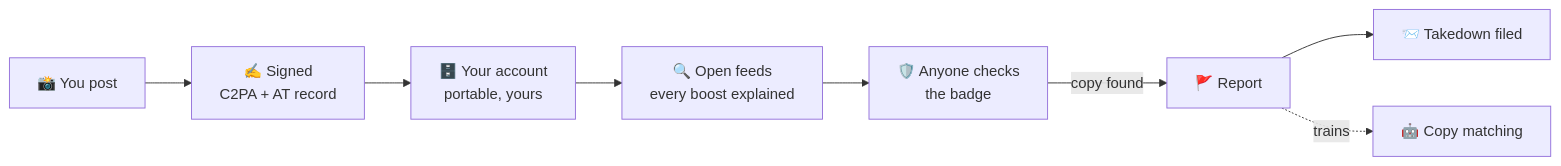
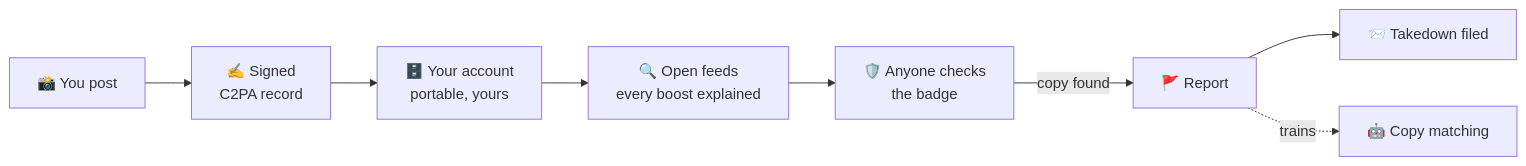
One commit to royherma/emera changed the second of 2 diagrams in README.md. Above: the diagram before and after it, drawn with Mermaid. The commit also changed other lines of this file and 4 other files, not shown here.

````diff
--- a/README.md
+++ b/README.md
@@ -58,10 +84,10 @@
 ```mermaid
 flowchart LR
-    A["📸 You post"] --> B["✍️ Signed<br/>C2PA + AT record"]
+    A["📸 You post"] --> B["✍️ Signed<br/>C2PA record"]
     B --> C["🗄️ Your account<br/>portable, yours"]
     C --> D["🔍 Open feeds<br/>every boost explained"]
     D --> E["🛡️ Anyone checks<br/>the badge"]
     E -- "copy found" --> F["🚩 Report"]
     F --> G["📨 Takedown filed"]
     F -. "trains" .-> H["🤖 Copy matching"]
 ```
````
